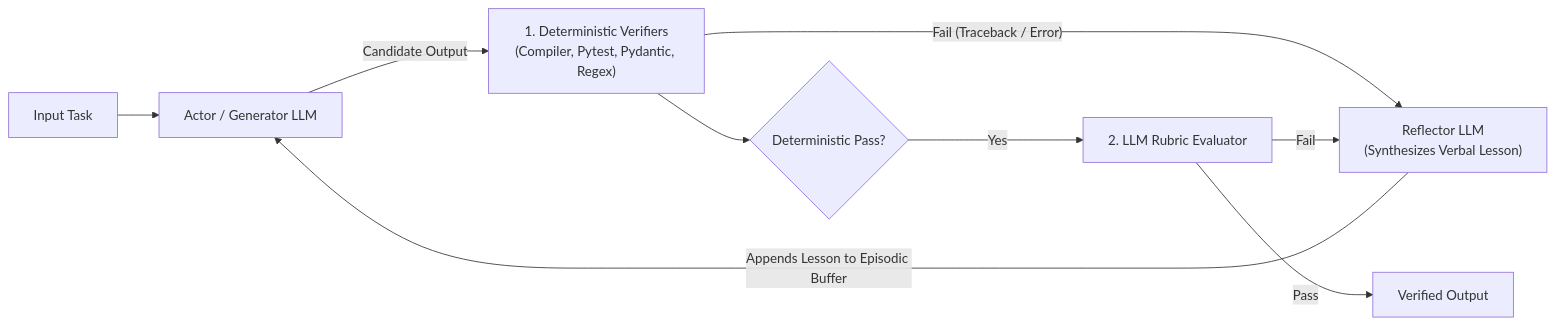
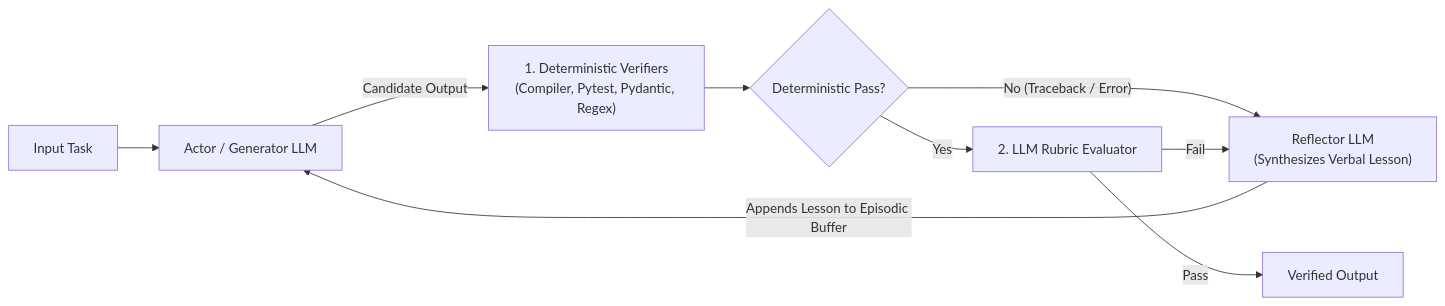
One commit to Rajdipc/agentic-ai-orchestration-patterns changed the third of 3 diagrams in chapter-02-single-agent-loops.md. Above: the diagram before and after it, drawn with Mermaid. The commit also changed other lines of this file and 18 other files, not shown here.

````diff
--- a/chapter-02-single-agent-loops.md
+++ b/chapter-02-single-agent-loops.md
@@ -171,11 +217,11 @@
 ```mermaid
 flowchart LR
     Task["Input Task"] --> Actor["Actor / Generator LLM"]
-    Actor -- "Candidate Output" --> DetCheck["1. Deterministic Verifiers\n(Compiler, Pytest, Pydantic, Regex)"]
+    Actor -- "Candidate Output" --> DetCheck["1. Deterministic Verifiers<br/>(Compiler, Pytest, Pydantic, Regex)"]
     DetCheck --> DetPass{"Deterministic Pass?"}
-    DetCheck -- "Fail (Traceback / Error)" --> Reflector["Reflector LLM\n(Synthesizes Verbal Lesson)"]
+    DetPass -- "No (Traceback / Error)" --> Reflector["Reflector LLM<br/>(Synthesizes Verbal Lesson)"]
     DetPass -- "Yes" --> RubricCheck["2. LLM Rubric Evaluator"]
     RubricCheck -- "Fail" --> Reflector
     Reflector -- "Appends Lesson to Episodic Buffer" --> Actor
     RubricCheck -- "Pass" --> Final["Verified Output"]
 ```
````
